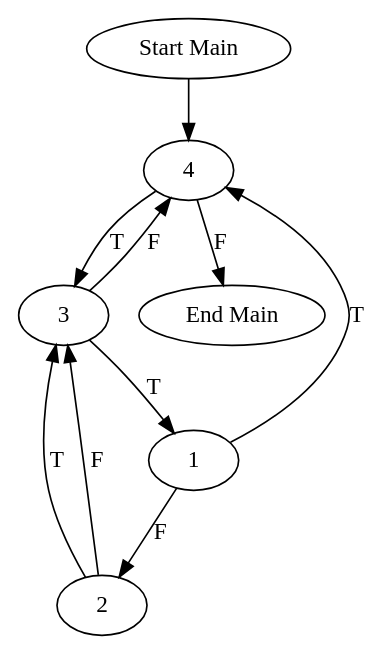
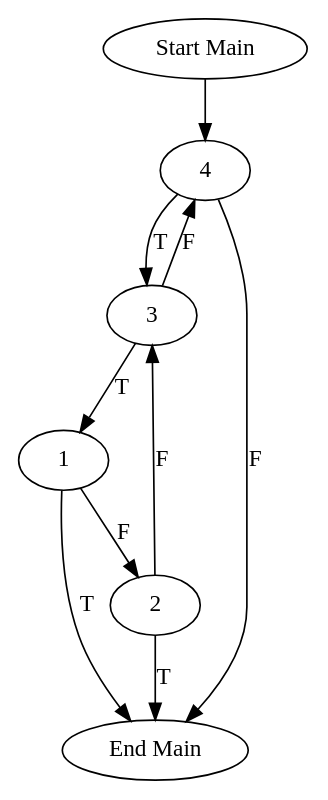
The diagram in Parser/input.dot (echancrure/Sikraken), drawn with Graphviz before and after one commit. The commit also changed 6 other files, not shown here.

```diff
--- a/Parser/input.dot
+++ b/Parser/input.dot
@@ -1,13 +1,13 @@
 digraph CFG {
 subgraph Main{
 "Start Main" -> "4"	 
 "4" -> "3" [label = "T"];
 "4" -> "End Main" [label = "F"];
 "3" -> "1" [label = "T"];
 "3" -> "4" [label = "F"];
-"2" -> "3" [label = "T"];
+"2" -> "End Main" [label = "T"];
 "2" -> "3" [label = "F"];
-"1" -> "4" [label = "T"];
+"1" -> "End Main" [label = "T"];
 "1" -> "2" [label = "F"];
 }
 }
```
